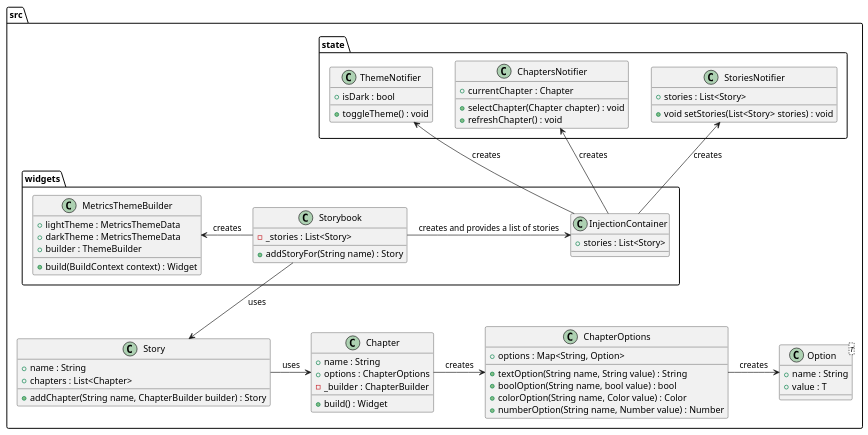
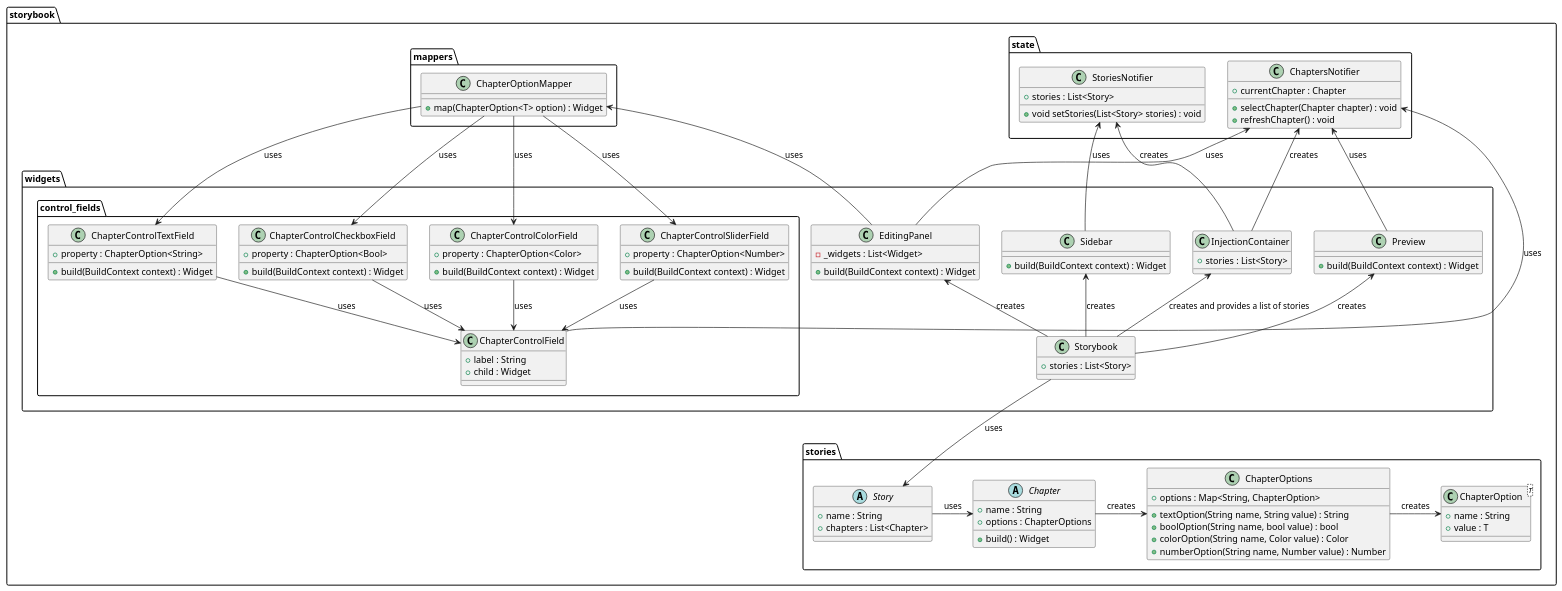
The diagram in metrics/web/docs/features/storybook/diagrams/metrics_storybook_class_diagram.puml (Flank/flank-dashboard), drawn with PlantUML before and after one commit. The commit also changed 3 other files, not shown here.

```diff
--- a/metrics/web/docs/features/storybook/diagrams/metrics_storybook_class_diagram.puml
+++ b/metrics/web/docs/features/storybook/diagrams/metrics_storybook_class_diagram.puml
@@ -1,85 +1,136 @@
 @startuml metrics_storybook_class_diagram
 
-package src {
-    package widgets {
-        class Storybook {
-            - _stories : List<Story>
-
-            + addStoryFor(String name) : Story
-        }
-
-        class InjectionContainer {
-            + stories : List<Story>
-        }
-
-        class MetricsThemeBuilder {
-            + lightTheme : MetricsThemeData
-            + darkTheme : MetricsThemeData
-            + builder : ThemeBuilder
-
-            + build(BuildContext context) : Widget
-        }
-    }
-
+package storybook {
     package state {
-        class StoriesNotifier {
-            + stories : List<Story>
-
-            + void setStories(List<Story> stories) : void
-        }
-
         class ChaptersNotifier {
             + currentChapter : Chapter
 
             + selectChapter(Chapter chapter) : void
             + refreshChapter() : void
         }
 
-        class ThemeNotifier {
-            + isDark : bool
+        class StoriesNotifier {
+            + stories : List<Story>
 
-            + toggleTheme() : void
+            + void setStories(List<Story> stories) : void
         }
     }
 
-    class Story {
-        + name : String
-        + chapters : List<Chapter>
+    package stories {
+        abstract class Story {
+            + name : String
+            + chapters : List<Chapter>
+        }
 
-        + addChapter(String name, ChapterBuilder builder) : Story
+        abstract class Chapter {
+            + name : String
+            + options : ChapterOptions
+
+            + build() : Widget
+        }
+
+        class ChapterOptions {
+            + options : Map<String, ChapterOption>
+
+            + textOption(String name, String value) : String
+            + boolOption(String name, bool value) : bool
+            + colorOption(String name, Color value) : Color
+            + numberOption(String name, Number value) : Number
+        }
+
+        class ChapterOption<T> {
+            + name : String
+            + value : T
+        }
     }
 
-    class Chapter {
-        + name : String
-        + options : ChapterOptions
-        - _builder : ChapterBuilder
-
-        + build() : Widget
+    package mappers {
+        class ChapterOptionMapper {
+            + map(ChapterOption<T> option) : Widget
+        }
     }
 
-    class ChapterOptions {
-        + options : Map<String, Option>
+    package widgets {
+        class Storybook {
+            + stories : List<Story>
+        }
 
-        + textOption(String name, String value) : String
-        + boolOption(String name, bool value) : bool
-        + colorOption(String name, Color value) : Color
-        + numberOption(String name, Number value) : Number
-    }
+        class InjectionContainer {
+            + stories : List<Story>
+        }
 
-    class Option<T> {
-        + name : String
-        + value : T
+        class Sidebar {
+            + build(BuildContext context) : Widget
+        }
+
+        class Preview {
+            + build(BuildContext context) : Widget
+        }
+
+        class EditingPanel {
+            - _widgets : List<Widget>
+
+            + build(BuildContext context) : Widget
+        }
+
+        package control_fields {
+            class ChapterControlField {
+                + label : String
+                + child : Widget
+            }
+
+            class ChapterControlTextField {
+                + property : ChapterOption<String> 
+
+                + build(BuildContext context) : Widget
+            }
+
+            class ChapterControlCheckboxField {
+                + property : ChapterOption<Bool> 
+
+                + build(BuildContext context) : Widget
+            }
+
+            class ChapterControlColorField {
+                + property : ChapterOption<Color> 
+
+                + build(BuildContext context) : Widget
+            }
+            
+            class ChapterControlSliderField {
+                + property : ChapterOption<Number> 
+
+                + build(BuildContext context) : Widget
+            }
+        }
     }
 }
 
-Storybook -> InjectionContainer : creates and provides a list of stories
-Storybook -left-> MetricsThemeBuilder : creates
+Storybook -up-> InjectionContainer : creates and provides a list of stories
+Storybook -up-> EditingPanel : creates
+Storybook -up-> Sidebar : creates
+Storybook -up-> Preview : creates
 InjectionContainer -up-> StoriesNotifier : creates
 InjectionContainer -up-> ChaptersNotifier : creates
-InjectionContainer -up-> ThemeNotifier : creates
 Storybook -down-> Story : uses
 Story -right-> Chapter : uses
 Chapter -right-> ChapterOptions : creates
-ChapterOptions -> Option : creates
+ChapterOptions -> ChapterOption : creates
+
+EditingPanel -up-> ChaptersNotifier : uses
+Sidebar -up-> StoriesNotifier : uses
+Preview -up-> ChaptersNotifier : uses
+EditingPanel -up-> ChapterOptionMapper : uses
+ChapterControlField -> ChaptersNotifier : uses
+
+ChapterOptionMapper -> ChapterControlTextField : uses
+ChapterOptionMapper -> ChapterControlCheckboxField : uses
+ChapterOptionMapper -> ChapterControlColorField : uses
+ChapterOptionMapper -> ChapterControlSliderField : uses
+
+ChapterControlTextField -down-> ChapterControlField : uses
+ChapterControlCheckboxField -down-> ChapterControlField : uses
+ChapterControlColorField -down-> ChapterControlField : uses
+ChapterControlSliderField -down-> ChapterControlField : uses
 
 @enduml
```
